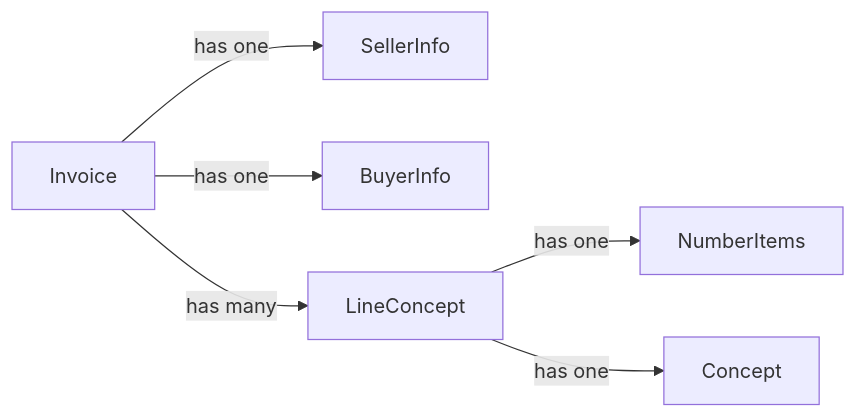
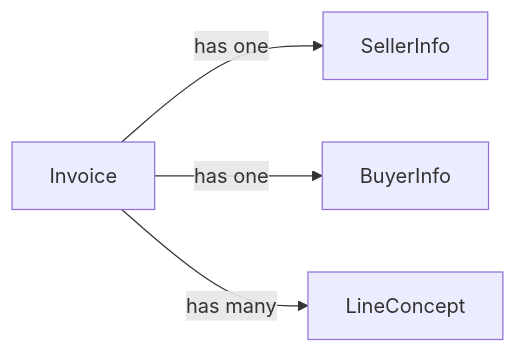
The diagram in README.md (jmjurado23/ruby-design-patterns), drawn with Mermaid before and after one commit. The commit also changed other lines of this file, not shown here.

Commit message:
Change diagram README

````diff
--- a/README.md
+++ b/README.md
@@ -9,8 +9,6 @@
 ```mermaid
 graph LR
 Invoice[Invoice] -- has one --> SellerInfo[SellerInfo]
 Invoice[Invoice] -- has one --> BuyerInfo[BuyerInfo]
 Invoice[Invoice] -- has many --> LineConcept[LineConcept]
-LineConcept[LineConcept] -- has one --> NumberItems[NumberItems]
-LineConcept[LineConcept] -- has one --> Concept[Concept]
 ```
````
